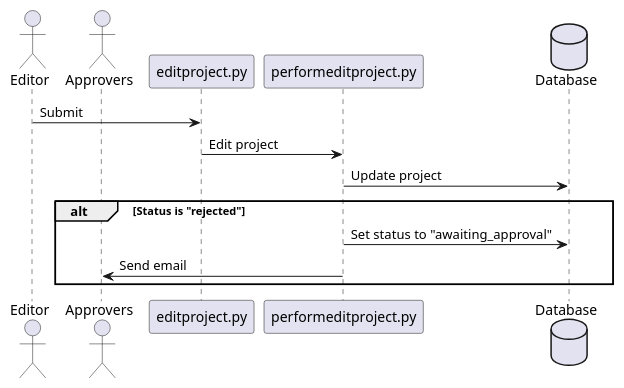
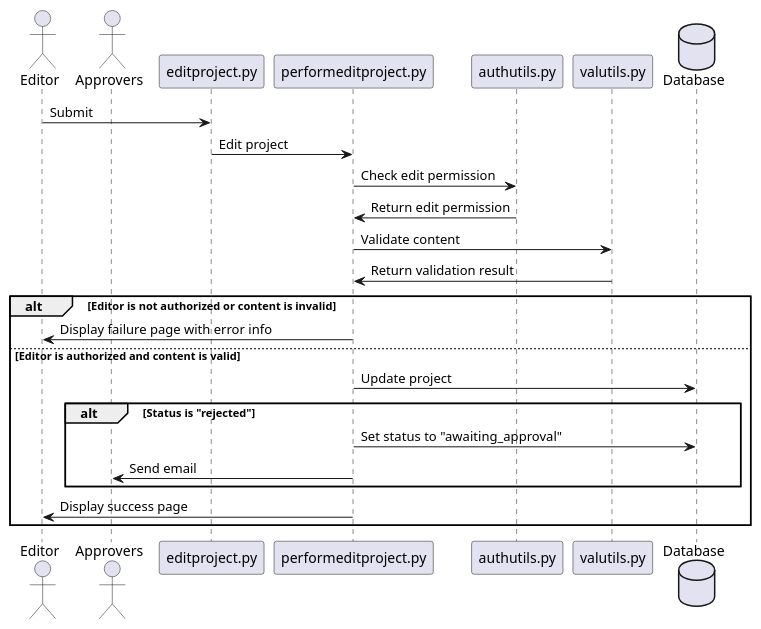
Before and after one commit to sipb/project-database: the diagram in documentation/editproject.puml, drawn with PlantUML. The commit also changed 2 other files, not shown here.

Commit message:
Add more detail to sequence diagrams.

```diff
--- a/documentation/editproject.puml
+++ b/documentation/editproject.puml
@@ -1,18 +1,36 @@
 @startuml
 actor Editor
 actor Approvers
 participant editproject.py
 participant performeditproject.py
+participant authutils.py
+participant valutils.py
 database Database
+
 Editor -> editproject.py : Submit
 editproject.py -> performeditproject.py : Edit project
-performeditproject.py -> Database : Update project
+performeditproject.py -> authutils.py : Check edit permission
+authutils.py -> performeditproject.py : Return edit permission
+performeditproject.py -> valutils.py : Validate content
+valutils.py -> performeditproject.py : Return validation result
 
-alt Status is "rejected"
-    
-    performeditproject.py -> Database : Set status to "awaiting_approval"
-    performeditproject.py -> Approvers : Send email
+alt Editor is not authorized or content is invalid
+
+    performeditproject.py -> Editor : Display failure page with error info
+
+else Editor is authorized and content is valid
+
+    performeditproject.py -> Database : Update project
+
+    alt Status is "rejected"
+        
+        performeditproject.py -> Database : Set status to "awaiting_approval"
+        performeditproject.py -> Approvers : Send email
+
+    end
+
+    performeditproject.py -> Editor : Display success page
 
 end
 
 @enduml
```
